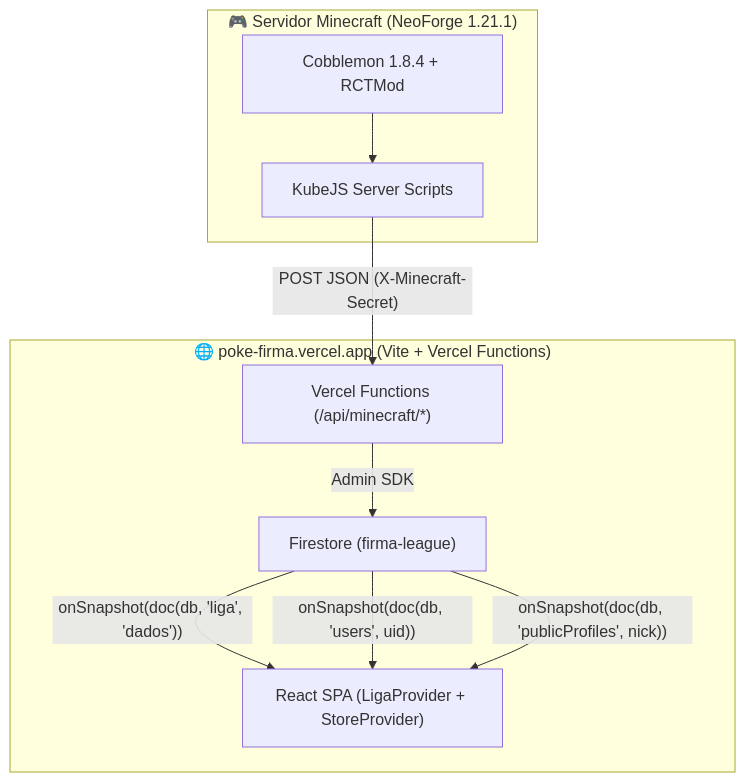
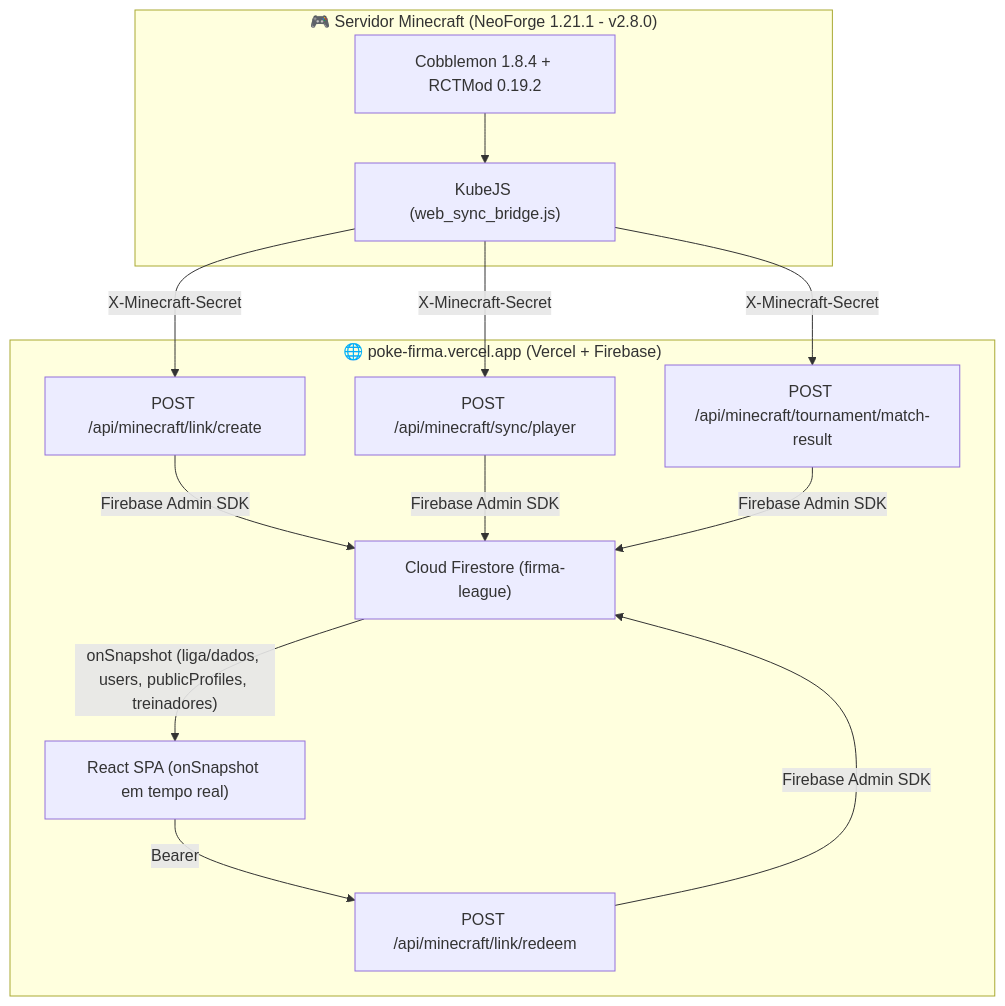
One commit to Ryannzadas/firma-league-modpack changed the diagram in docs/WEB_INTEGRATION_SPEC.md. Above: the diagram before and after it, drawn with Mermaid. The commit also changed other lines of this file and 6 other files, not shown here.

Commit message:
docs & kubejs: update all docs to v2.8.0 (130 mods) and add real-time web_sync_bridge.js

````diff
--- a/docs/WEB_INTEGRATION_SPEC.md
+++ b/docs/WEB_INTEGRATION_SPEC.md
@@ -22,20 +25,24 @@
 ```mermaid
 flowchart TD
-    subgraph Minecraft["🎮 Servidor Minecraft (NeoForge 1.21.1)"]
-        KJS["KubeJS Server Scripts"]
-        CBL["Cobblemon 1.8.4 + RCTMod"]
+    subgraph Minecraft["🎮 Servidor Minecraft (NeoForge 1.21.1 - v2.8.0)"]
+        KJS["KubeJS (web_sync_bridge.js)"]
+        CBL["Cobblemon 1.8.4 + RCTMod 0.19.2"]
     end
 
-    subgraph Vercel["🌐 poke-firma.vercel.app (Vite + Vercel Functions)"]
-        API["Vercel Functions (/api/minecraft/*)"]
-        FS["Firestore (firma-league)"]
-        UI["React SPA (LigaProvider + StoreProvider)"]
+    subgraph Vercel["🌐 poke-firma.vercel.app (Vercel + Firebase)"]
+        API1["POST /api/minecraft/link/create"]
+        API2["POST /api/minecraft/link/redeem"]
+        API3["POST /api/minecraft/sync/player"]
+        API4["POST /api/minecraft/tournament/match-result"]
+        FS["Cloud Firestore (firma-league)"]
+        UI["React SPA (onSnapshot em tempo real)"]
     end
 
     CBL --> KJS
-    KJS -->|"POST JSON (X-Minecraft-Secret)"| API
-    API -->|"Admin SDK"| FS
-    FS -->|"onSnapshot(doc(db, 'liga', 'dados'))"| UI
-    FS -->|"onSnapshot(doc(db, 'users', uid))"| UI
-    FS -->|"onSnapshot(doc(db, 'publicProfiles', nick))"| UI
+    KJS -->|"X-Minecraft-Secret"| API1
+    KJS -->|"X-Minecraft-Secret"| API3
+    KJS -->|"X-Minecraft-Secret"| API4
+    UI -->|"Bearer <Firebase ID Token>"| API2
+    API1 & API2 & API3 & API4 -->|"Firebase Admin SDK"| FS
+    FS -->|"onSnapshot (liga/dados, users, publicProfiles, treinadores)"| UI
 ```
````
